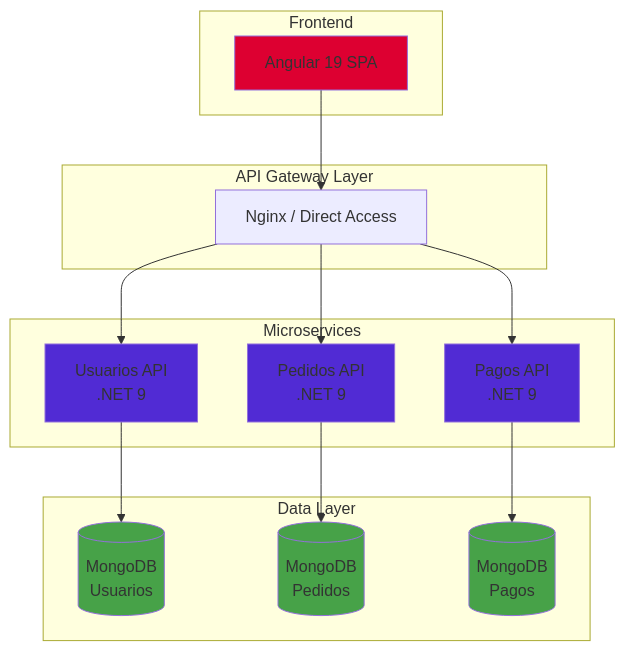
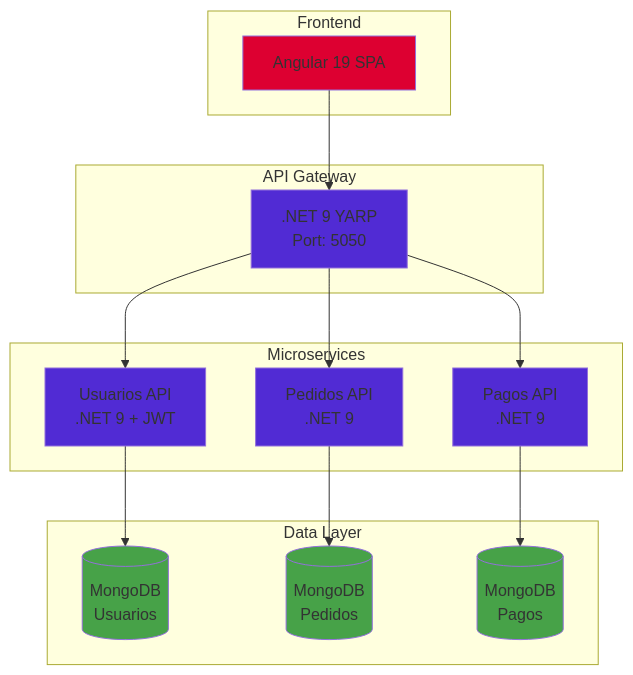
The first of 2 diagrams in README.md (Chocopro713/MVP_Empresa_ABC), drawn with Mermaid before and after one commit. The commit also changed other lines of this file and 50 other files, not shown here.

````diff
--- a/README.md
+++ b/README.md
@@ -32,38 +43,39 @@
 ```mermaid
 graph TB
     subgraph Frontend
         A[Angular 19 SPA]
     end
     
-    subgraph API Gateway Layer
-        B[Nginx / Direct Access]
+    subgraph API Gateway
+        B[.NET 9 YARP<br/>Port: 5050]
     end
     
     subgraph Microservices
-        C[Usuarios API<br/>.NET 9]
+        C[Usuarios API<br/>.NET 9 + JWT]
         D[Pedidos API<br/>.NET 9]
         E[Pagos API<br/>.NET 9]
     end
     
     subgraph Data Layer
         F[(MongoDB<br/>Usuarios)]
         G[(MongoDB<br/>Pedidos)]
         H[(MongoDB<br/>Pagos)]
     end
     
     A --> B
     B --> C
     B --> D
     B --> E
     C --> F
     D --> G
     E --> H
     
     style A fill:#DD0031
+    style B fill:#512BD4
     style C fill:#512BD4
     style D fill:#512BD4
     style E fill:#512BD4
     style F fill:#47A248
     style G fill:#47A248
     style H fill:#47A248
 ```
````
